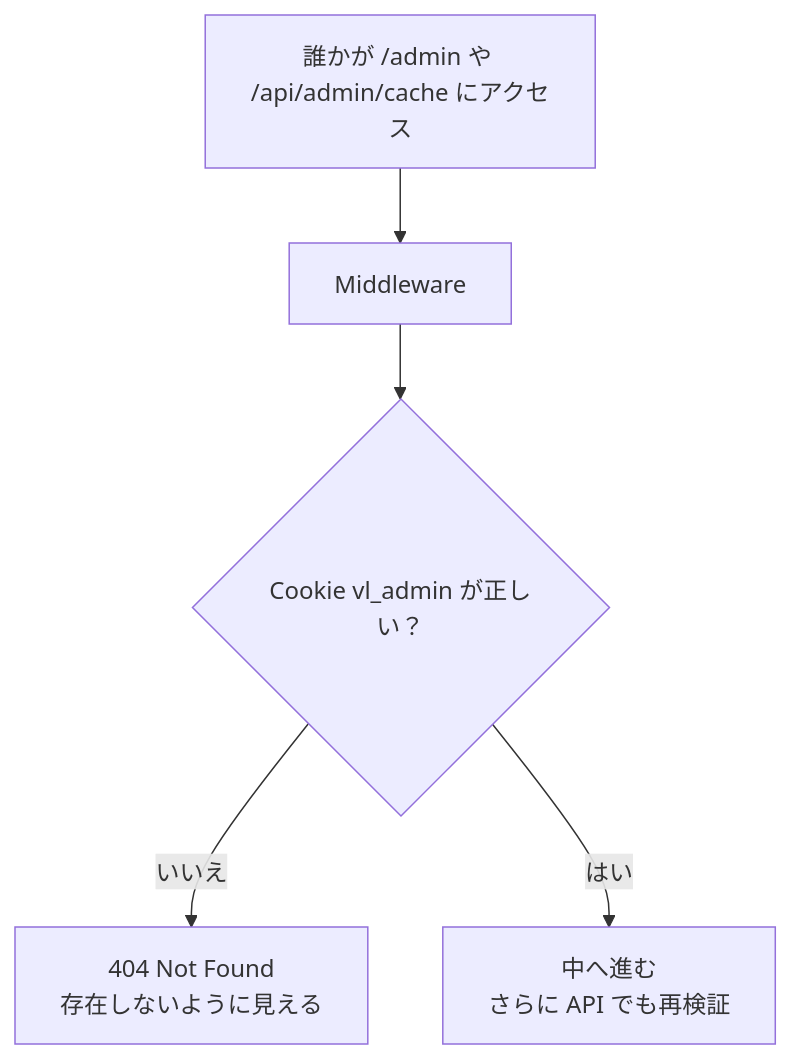
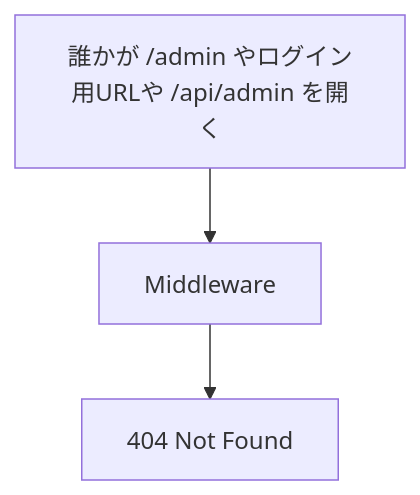
The third of 4 diagrams in ADMIN_ACCESS_FLOW.md (nobu0903/tinder-googlemap), drawn with Mermaid before and after one commit. The commit also changed other lines of this file and 8 other files, not shown here.

````diff
--- a/ADMIN_ACCESS_FLOW.md
+++ b/ADMIN_ACCESS_FLOW.md
@@ -101,7 +67,5 @@
 ```mermaid
 flowchart TD
-  A[誰かが /admin や /api/admin/cache にアクセス] --> B[Middleware]
-  B --> C{Cookie vl_admin が正しい？}
-  C -->|いいえ| D[404 Not Found<br/>存在しないように見える]
-  C -->|はい| E[中へ進む<br/>さらに API でも再検証]
+  A["誰かが /admin やログイン用URLや /api/admin を開く"] --> B[Middleware]
+  B --> C[404 Not Found]
 ```
````
